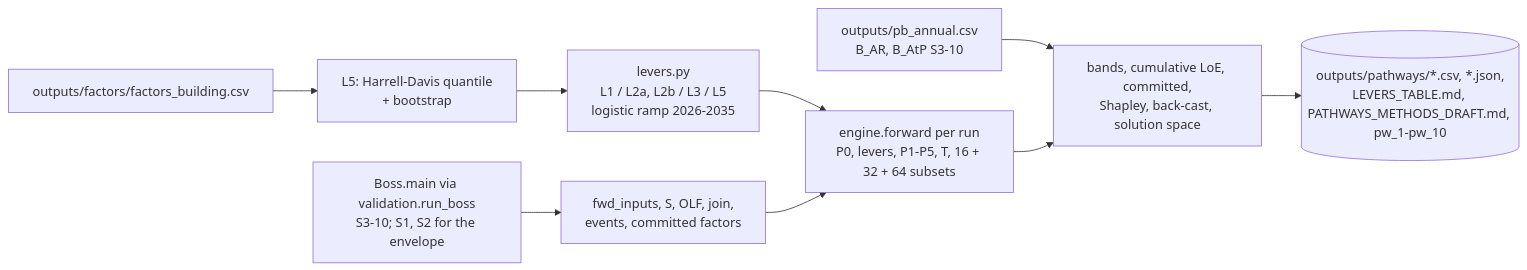
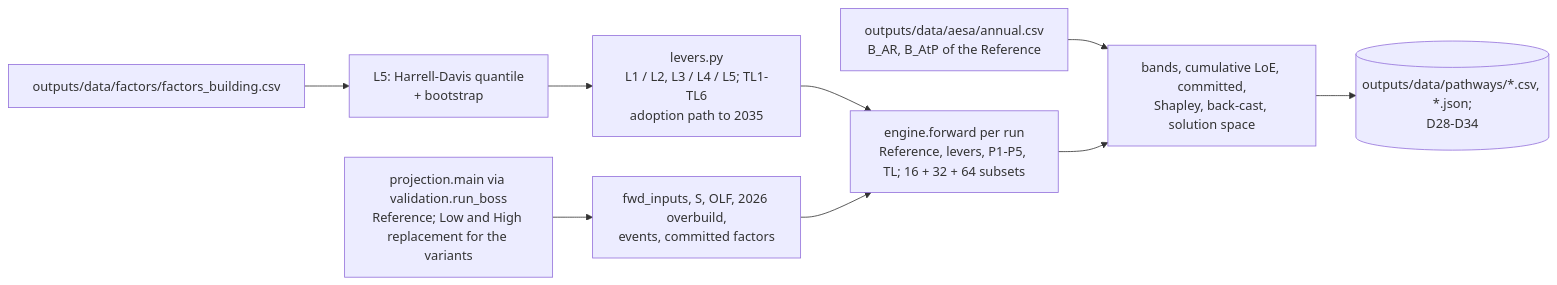
Before and after one commit to GerasimosChristoforatos/Pathway-Paper: the third of 3 diagrams in ARCHITECTURE.md, drawn with Mermaid. The commit also changed other lines of this file and 4 other files, not shown here.

First line of the commit message:
model-v1.0.0 (8): README, ARCHITECTURE, CITATION and CHANGELOG

````diff
--- a/ARCHITECTURE.md
+++ b/ARCHITECTURE.md
@@ -376,11 +451,11 @@
 ```mermaid
 flowchart LR
-    BOSS[Boss.main via validation.run_boss<br/>S3-10; S1, S2 for the envelope] --> CTX[fwd_inputs, S, OLF, join,<br/>events, committed factors]
-    FB[outputs/factors/factors_building.csv] --> L5[L5: Harrell-Davis quantile<br/>+ bootstrap]
-    LEV[levers.py<br/>L1 / L2a, L2b / L3 / L5<br/>logistic ramp 2026-2035] --> RUN
+    PROJ["projection.main via validation.run_boss<br/>Reference; Low and High replacement for the variants"] --> CTX["fwd_inputs, S, OLF, 2026 overbuild,<br/>events, committed factors"]
+    FB["outputs/data/factors/factors_building.csv"] --> L5["L5: Harrell-Davis quantile<br/>+ bootstrap"]
+    LEV["levers.py<br/>L1 / L2, L3 / L4 / L5; TL1-TL6<br/>adoption path to 2035"] --> RUN
     L5 --> LEV
-    CTX --> RUN[engine.forward per run<br/>P0, levers, P1-P5, T, 16 + 32 + 64 subsets]
-    PBA[outputs/pb_annual.csv<br/>B_AR, B_AtP S3-10] --> GAP
-    RUN --> GAP[bands, cumulative LoE, committed,<br/>Shapley, back-cast, solution space]
-    GAP --> OUTP[(outputs/pathways/*.csv, *.json,<br/>LEVERS_TABLE.md, PATHWAYS_METHODS_DRAFT.md, pw_1-pw_10)]
+    CTX --> RUN["engine.forward per run<br/>Reference, levers, P1-P5, TL; 16 + 32 + 64 subsets"]
+    AESA["outputs/data/aesa/annual.csv<br/>B_AR, B_AtP of the Reference"] --> GAP
+    RUN --> GAP["bands, cumulative LoE, committed,<br/>Shapley, back-cast, solution space"]
+    GAP --> OUTP[("outputs/data/pathways/*.csv, *.json;<br/>D28-D34")]
 ```
````
